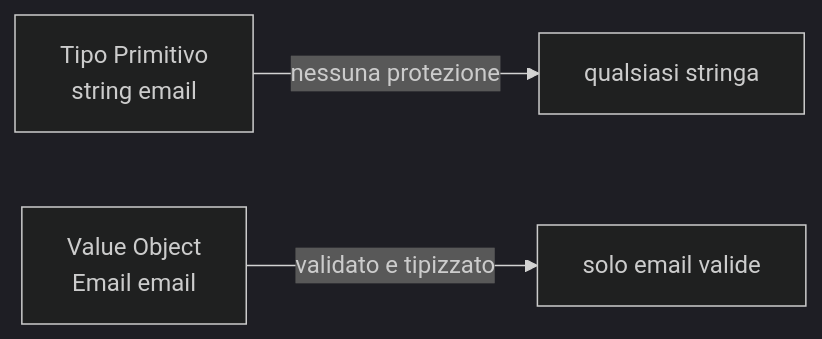
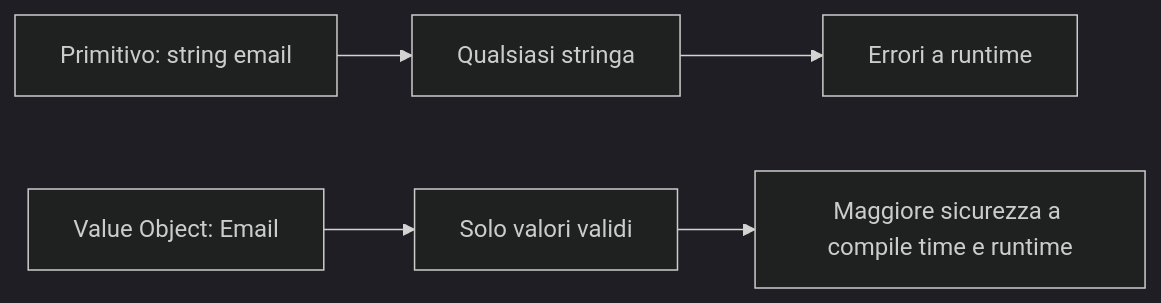
Before and after one commit to DennisTurco/AppuntiFacili: the first of 3 diagrams in src/content/informatica/csharp/strongly-typed-ids-value-objects.mdx, drawn with Mermaid (dark theme). The commit also changed other lines of this file and 10 other files, not shown here.

````diff
--- a/src/content/informatica/csharp/strongly-typed-ids-value-objects.mdx
+++ b/src/content/informatica/csharp/strongly-typed-ids-value-objects.mdx
@@ -41,5 +38,7 @@
 ```mermaid
 graph LR
-    A[Tipo Primitivo\nstring email] -->|nessuna protezione| B[qualsiasi stringa]
-    C[Value Object\nEmail email] -->|validato e tipizzato| D[solo email valide]
+    A[Primitivo: string email] --> B[Qualsiasi stringa]
+    C[Value Object: Email] --> D[Solo valori validi]
+    B --> E[Errori a runtime]
+    D --> F[Maggiore sicurezza a compile time e runtime]
 ```
````
